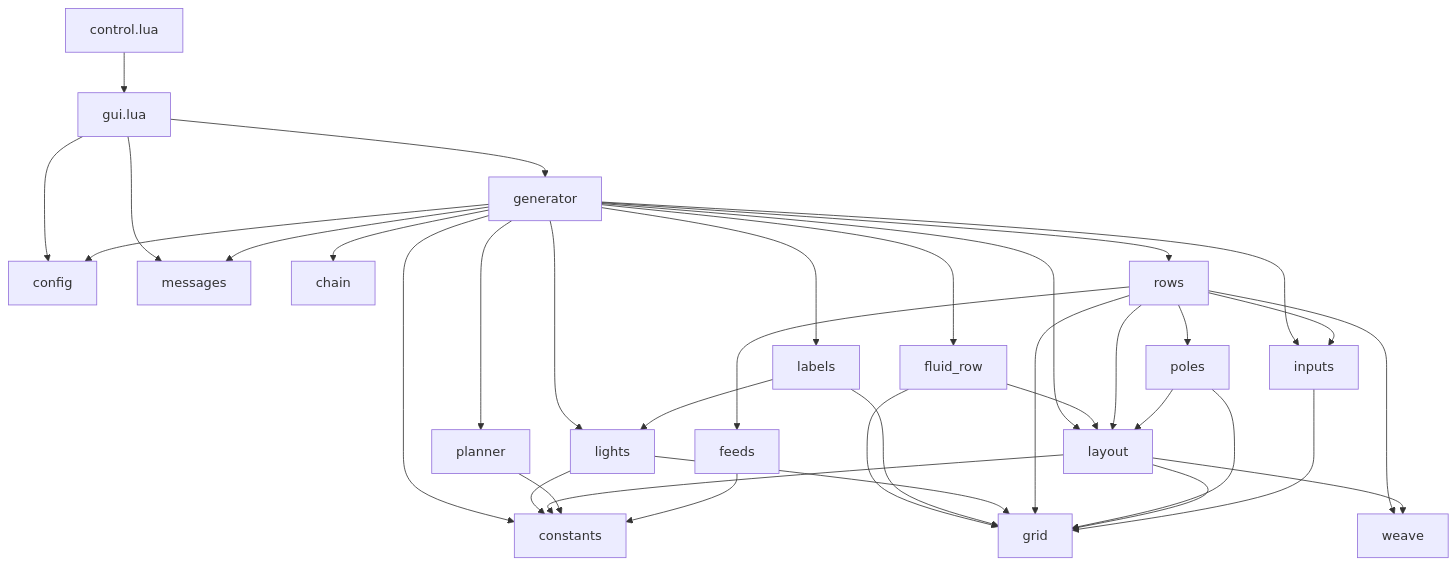
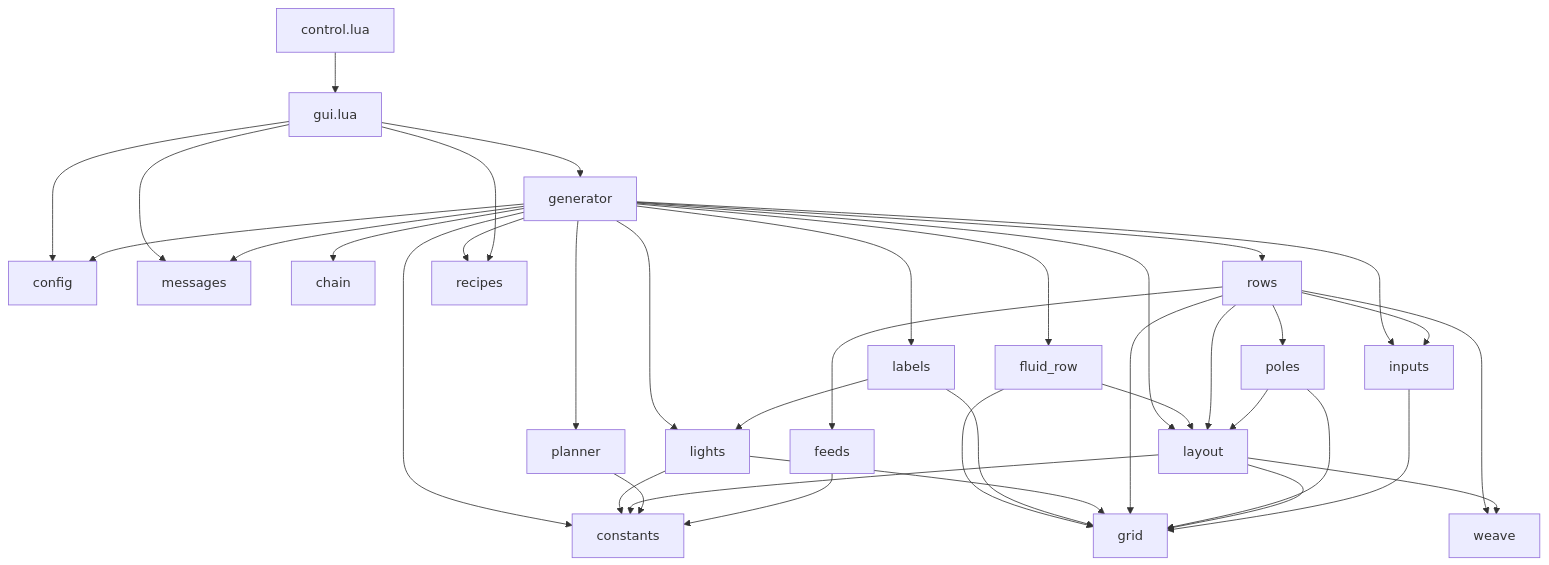
Before and after one commit to RibbonedAce/factorio-blueprint-generation: the second of 6 diagrams in TYPES.md, drawn with Mermaid. The commit also changed other lines of this file and 22 other files, not shown here.

````diff
--- a/TYPES.md
+++ b/TYPES.md
@@ -59,38 +59,40 @@
 ```mermaid
 flowchart TD
   control["control.lua"] --> gui["gui.lua"]
   gui --> generator
   gui --> config
   gui --> messages
   generator --> config
   generator --> constants
   generator --> chain
   generator --> planner
   generator --> layout
   generator --> inputs
   generator --> rows
   generator --> fluid_row
+  generator --> recipes
+  gui --> recipes
   fluid_row --> layout
   fluid_row --> grid
   generator --> labels
   generator --> lights
   labels --> lights
   labels --> grid
   generator --> messages
   lights --> constants
   lights --> grid
   rows --> feeds
   rows --> inputs
   rows --> layout
   rows --> poles
   rows --> weave
   rows --> grid
   poles --> layout
   poles --> grid
   layout --> constants
   layout --> grid
   layout --> weave
   planner --> constants
   feeds --> constants
   inputs --> grid
 ```
````
